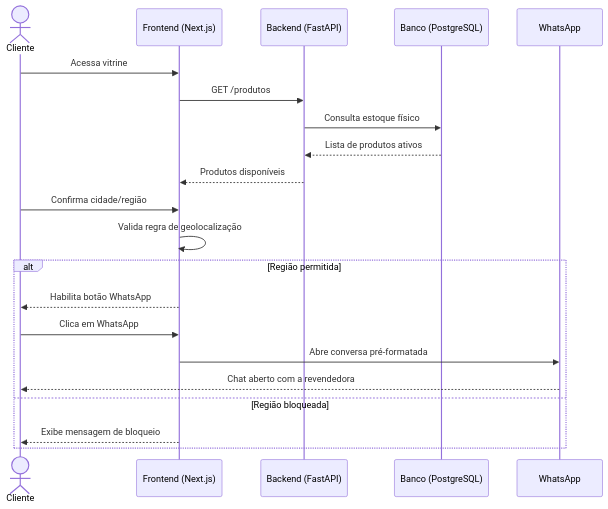
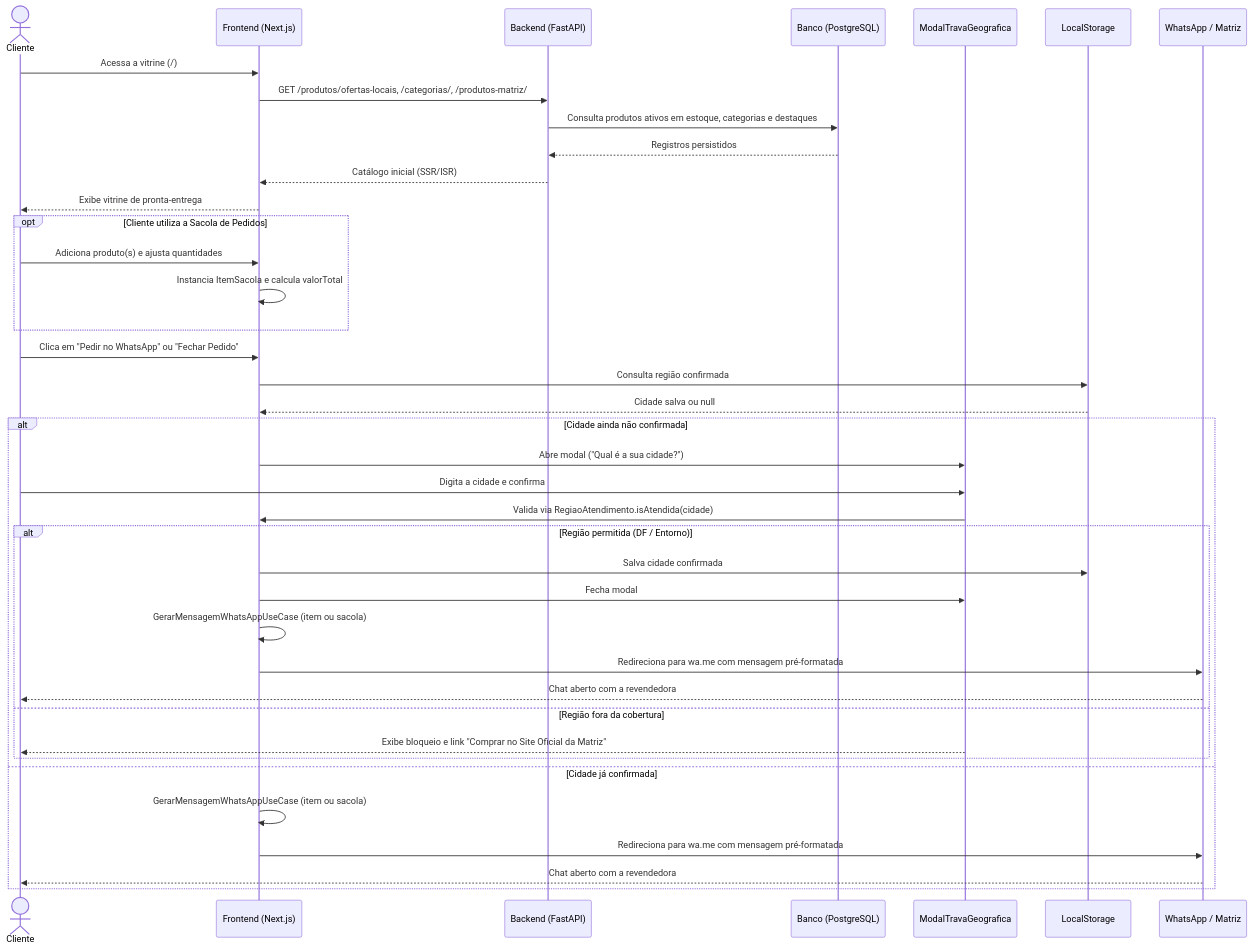
One commit to LuHenRe/Projeto-Revendedora-Atlantica-Natural changed the first of 3 diagrams in docs/arquitetura/06-diagrama-sequencia.md. Above: the diagram before and after it, drawn with Mermaid. The commit also changed other lines of this file and 15 other files, not shown here.

Commit message:
docs: adiciona segunda apresentacao e atualiza diagramas e requisitos

````diff
--- a/docs/arquitetura/06-diagrama-sequencia.md
+++ b/docs/arquitetura/06-diagrama-sequencia.md
@@ -5,24 +7,45 @@
 ```mermaid
 sequenceDiagram
     actor Cliente
-    participant Frontend as Frontend (Next.js)
+    participant Vitrine as Frontend (Next.js)
     participant API as Backend (FastAPI)
     participant DB as Banco (PostgreSQL)
-    participant WhatsApp as WhatsApp
+    participant Modal as ModalTravaGeografica
+    participant Storage as LocalStorage
+    participant WhatsApp as WhatsApp / Matriz
 
-    Cliente->>Frontend: Acessa vitrine
-    Frontend->>API: GET /produtos
-    API->>DB: Consulta estoque físico
-    DB-->>API: Lista de produtos ativos
-    API-->>Frontend: Produtos disponíveis
-    Cliente->>Frontend: Confirma cidade/região
-    Frontend->>Frontend: Valida regra de geolocalização
-    alt Região permitida
-        Frontend-->>Cliente: Habilita botão WhatsApp
-        Cliente->>Frontend: Clica em WhatsApp
-        Frontend->>WhatsApp: Abre conversa pré-formatada
+    Cliente->>Vitrine: Acessa a vitrine (/)
+    Vitrine->>API: GET /produtos/ofertas-locais, /categorias/, /produtos-matriz/
+    API->>DB: Consulta produtos ativos em estoque, categorias e destaques
+    DB-->>API: Registros persistidos
+    API-->>Vitrine: Catálogo inicial (SSR/ISR)
+    Vitrine-->>Cliente: Exibe vitrine de pronta-entrega
+
+    opt Cliente utiliza a Sacola de Pedidos
+        Cliente->>Vitrine: Adiciona produto(s) e ajusta quantidades
+        Vitrine->>Vitrine: Instancia ItemSacola e calcula valorTotal
+    end
+
+    Cliente->>Vitrine: Clica em "Pedir no WhatsApp" ou "Fechar Pedido"
+    Vitrine->>Storage: Consulta região confirmada
+    Storage-->>Vitrine: Cidade salva ou null
+
+    alt Cidade ainda não confirmada
+        Vitrine->>Modal: Abre modal ("Qual é a sua cidade?")
+        Cliente->>Modal: Digita a cidade e confirma
+        Modal->>Vitrine: Valida via RegiaoAtendimento.isAtendida(cidade)
+        alt Região permitida (DF / Entorno)
+            Vitrine->>Storage: Salva cidade confirmada
+            Vitrine->>Modal: Fecha modal
+            Vitrine->>Vitrine: GerarMensagemWhatsAppUseCase (item ou sacola)
+            Vitrine->>WhatsApp: Redireciona para wa.me com mensagem pré-formatada
+            WhatsApp-->>Cliente: Chat aberto com a revendedora
+        else Região fora da cobertura
+            Modal-->>Cliente: Exibe bloqueio e link "Comprar no Site Oficial da Matriz"
+        end
+    else Cidade já confirmada
+        Vitrine->>Vitrine: GerarMensagemWhatsAppUseCase (item ou sacola)
+        Vitrine->>WhatsApp: Redireciona para wa.me com mensagem pré-formatada
         WhatsApp-->>Cliente: Chat aberto com a revendedora
-    else Região bloqueada
-        Frontend-->>Cliente: Exibe mensagem de bloqueio
     end
 ```
````
